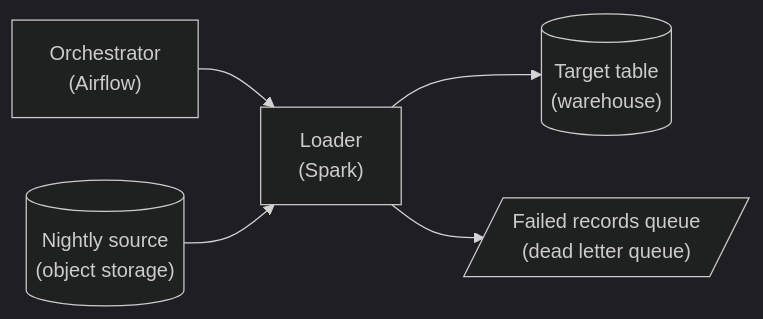
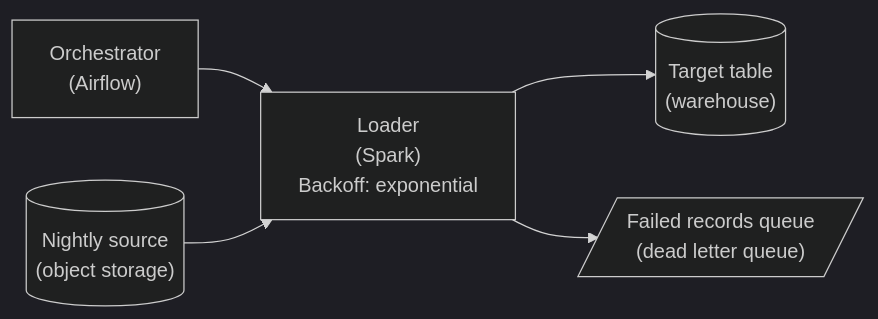
The second of 4 diagrams in lesson_preview/interview/architecture/pipeline_making_it_repeatable_beginner.md (Dulain-Willis/study-helper), drawn with Mermaid (dark theme) before and after one commit. The commit also changed other lines of this file and 26 other files, not shown here.

First line of the commit message:
Mermaid diagrams: show tags and extra values inside each node (#43)

````diff
--- a/lesson_preview/interview/architecture/pipeline_making_it_repeatable_beginner.md
+++ b/lesson_preview/interview/architecture/pipeline_making_it_repeatable_beginner.md
@@ -486,12 +486,12 @@
 ```mermaid
 flowchart LR
     n0[("Nightly source<br/>(object storage)")]
     n1["Orchestrator<br/>(Airflow)"]
-    n2["Loader<br/>(Spark)"]
+    n2["Loader<br/>(Spark)<br/>Backoff: exponential"]
     n3[("Target table<br/>(warehouse)")]
     n4[/"Failed records queue<br/>(dead letter queue)"/]
     n1 --> n2
     n0 --> n2
     n2 --> n3
     n2 --> n4
 ```
````
